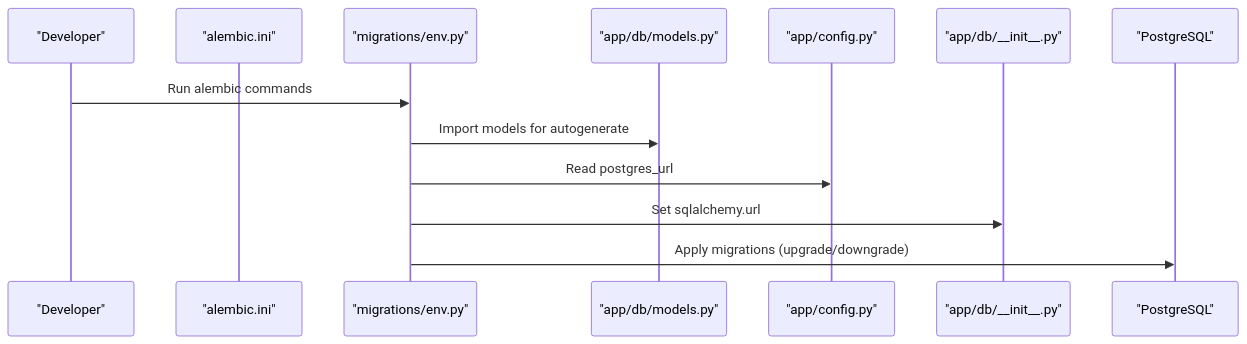
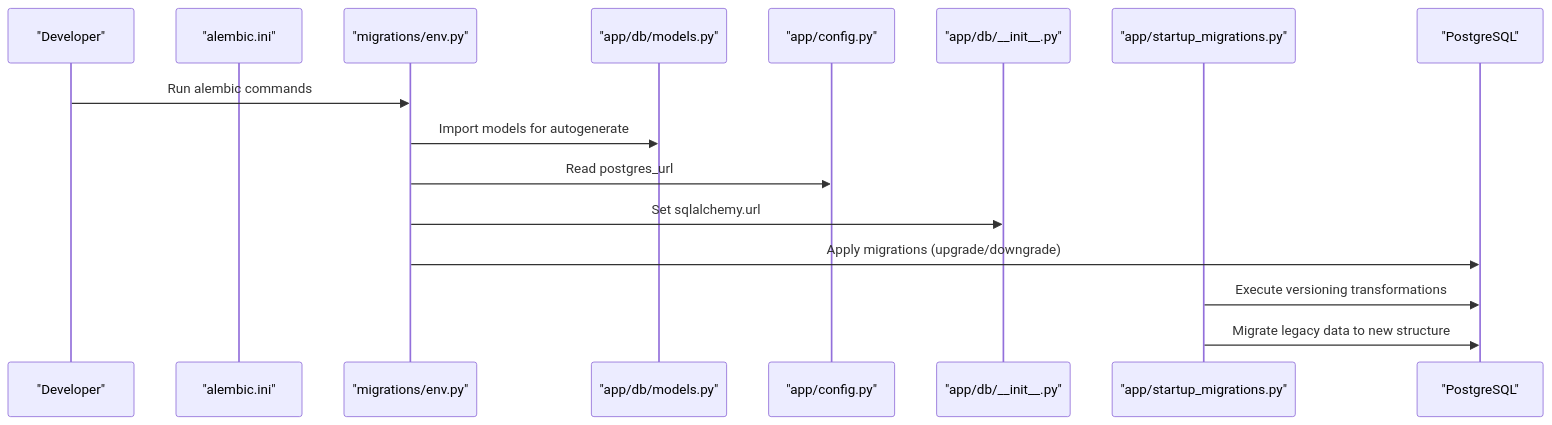
Before and after one commit to genes8/private-ai: the fourth of 7 diagrams in .qoder/repowiki/en/content/Database Design/Database Design.md, drawn with Mermaid. The commit also changed other lines of this file and 7 other files, not shown here.

First line of the commit message:
fix: startup_migrations SQLAlchemy text() bind-parameter parsing bug

````diff
--- a/.qoder/repowiki/en/content/Database Design/Database Design.md
+++ b/.qoder/repowiki/en/content/Database Design/Database Design.md
@@ -343,15 +382,18 @@
 ```mermaid
 sequenceDiagram
 participant Dev as "Developer"
 participant AlembicIni as "alembic.ini"
 participant EnvPy as "migrations/env.py"
 participant Models as "app/db/models.py"
 participant Settings as "app/config.py"
 participant Engine as "app/db/__init__.py"
+participant StartupMigrations as "app/startup_migrations.py"
 participant DB as "PostgreSQL"
 Dev->>EnvPy : Run alembic commands
 EnvPy->>Models : Import models for autogenerate
 EnvPy->>Settings : Read postgres_url
 EnvPy->>Engine : Set sqlalchemy.url
 EnvPy->>DB : Apply migrations (upgrade/downgrade)
+StartupMigrations->>DB : Execute versioning transformations
+StartupMigrations->>DB : Migrate legacy data to new structure
 ```
````
